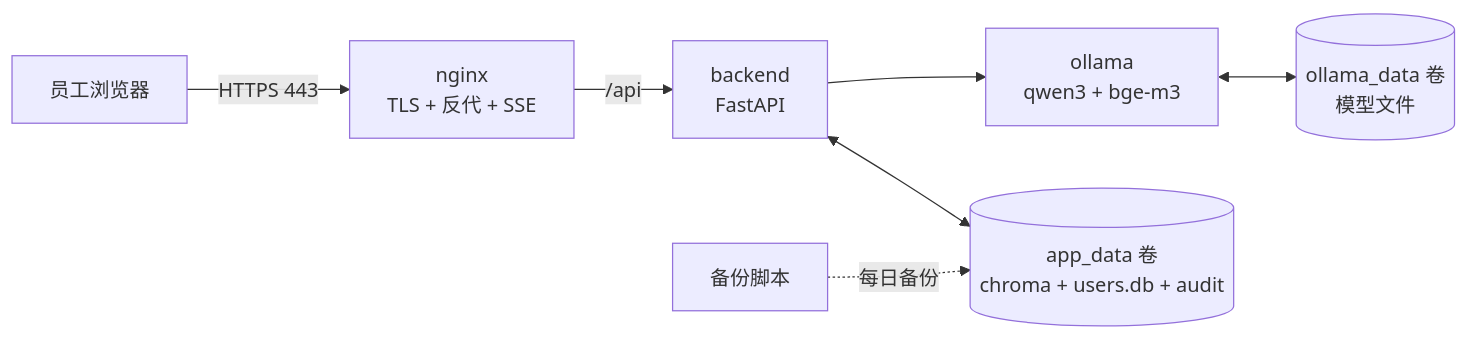
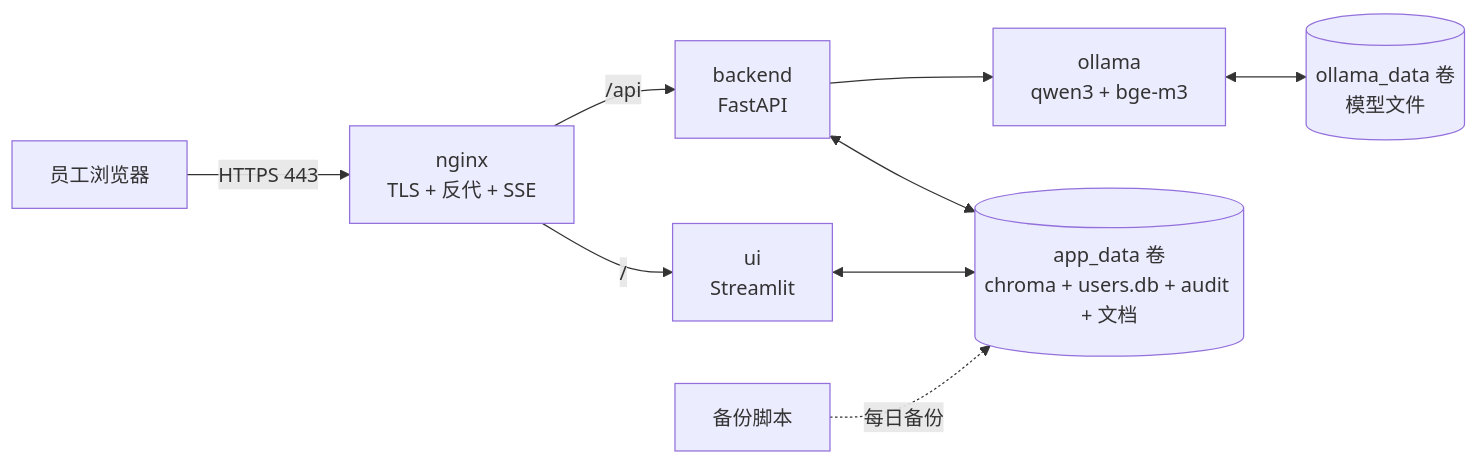
The diagram in rag-course/SUMMARY.md (zjc210715/rag-course), drawn with Mermaid before and after one commit. The commit also changed other lines of this file and 3 other files, not shown here.

````diff
--- a/rag-course/SUMMARY.md
+++ b/rag-course/SUMMARY.md
@@ -28,9 +31,11 @@
 ```mermaid
 flowchart LR
     U[员工浏览器] -->|HTTPS 443| N[nginx<br/>TLS + 反代 + SSE]
     N -->|/api| B[backend<br/>FastAPI]
+    N -->|/| UI[ui<br/>Streamlit]
     B --> O[ollama<br/>qwen3 + bge-m3]
-    B <--> V1[(app_data 卷<br/>chroma + users.db + audit)]
+    B <--> V1[(app_data 卷<br/>chroma + users.db + audit + 文档)]
+    UI <--> V1
     O <--> V2[(ollama_data 卷<br/>模型文件)]
     S[备份脚本] -.每日备份.-> V1
 ```
````
